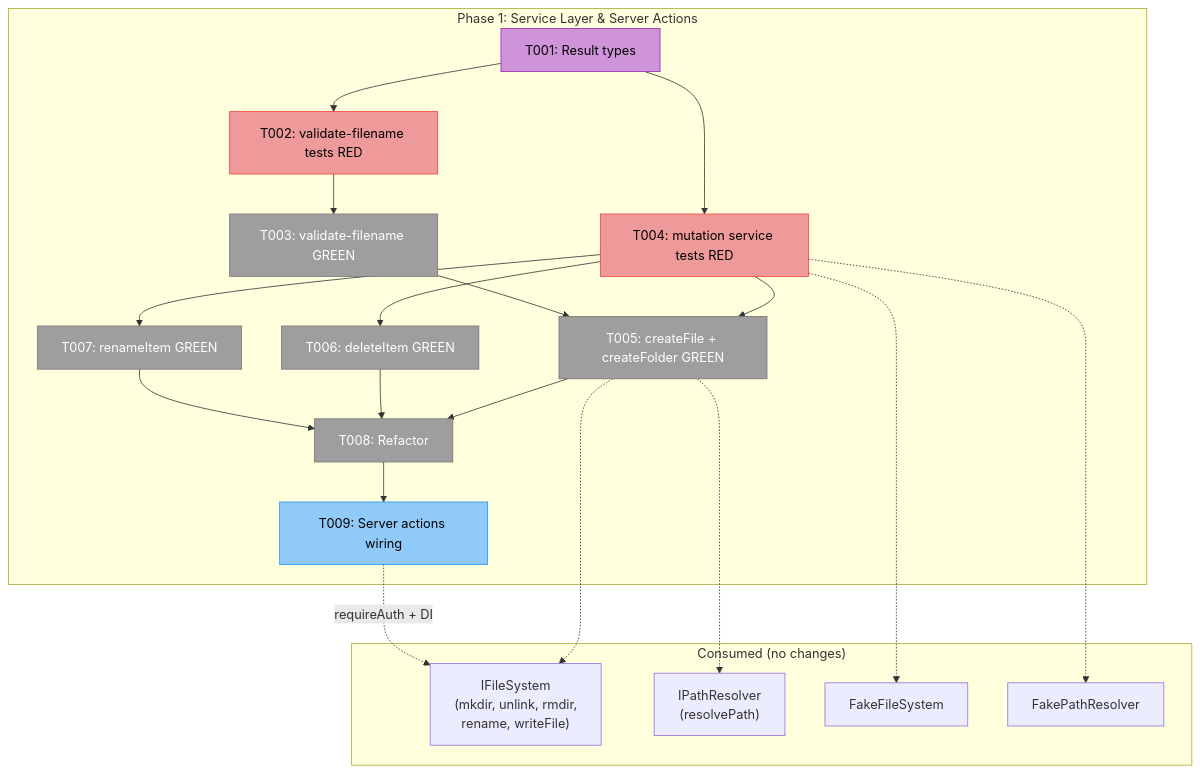
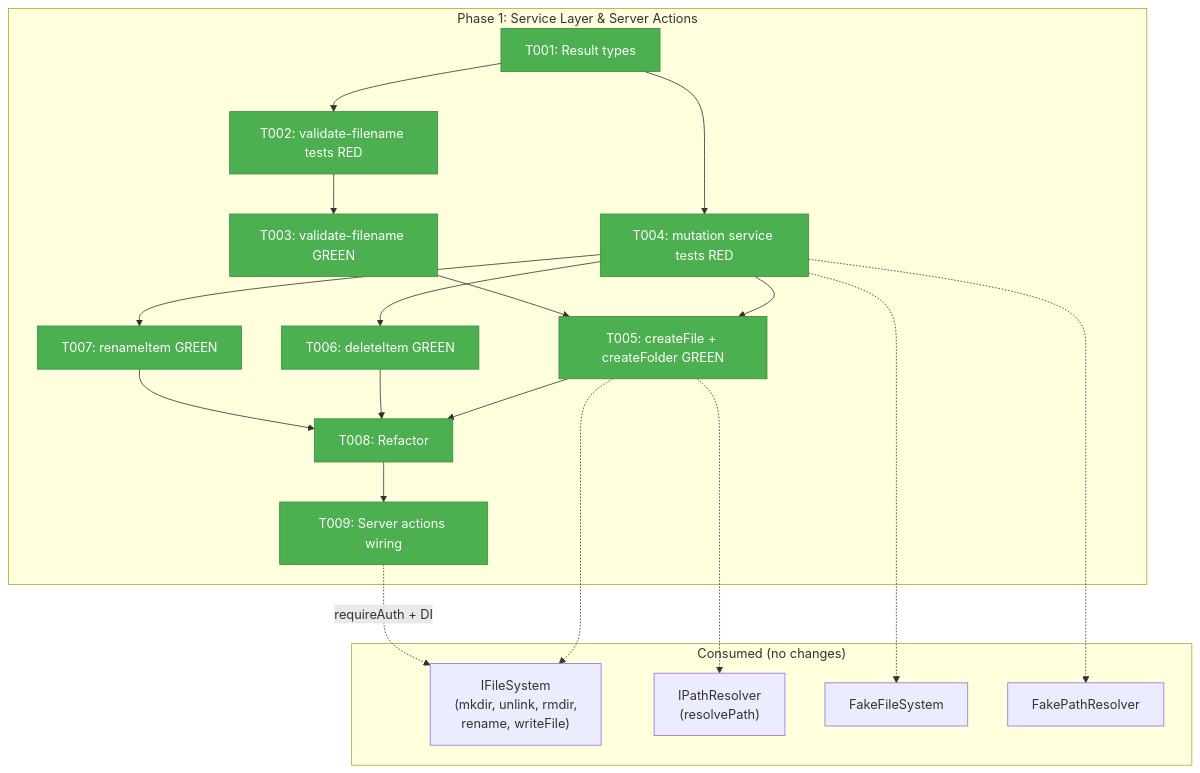
The first of 3 diagrams in docs/plans/068-add-files/tasks/phase-1-service-layer-server-actions/tasks.md (AI-Substrate/chainglass), drawn with Mermaid before and after one commit. The commit also changed 5 other files, not shown here.

````diff
--- a/docs/plans/068-add-files/tasks/phase-1-service-layer-server-actions/tasks.md
+++ b/docs/plans/068-add-files/tasks/phase-1-service-layer-server-actions/tasks.md
@@ -42,45 +42,46 @@
 ```mermaid
 flowchart TD
     classDef pending fill:#9E9E9E,stroke:#757575,color:#fff
     classDef types fill:#CE93D8,stroke:#9C27B0,color:#000
     classDef test fill:#EF9A9A,stroke:#F44336,color:#000
     classDef impl fill:#A5D6A7,stroke:#4CAF50,color:#000
     classDef wire fill:#90CAF9,stroke:#2196F3,color:#000
+    classDef completed fill:#4CAF50,stroke:#388E3C,color:#fff
 
     subgraph Phase1["Phase 1: Service Layer & Server Actions"]
-        T001["T001: Result types"]:::types
-        T002["T002: validate-filename tests RED"]:::test
-        T003["T003: validate-filename GREEN"]:::pending
-        T004["T004: mutation service tests RED"]:::test
-        T005["T005: createFile + createFolder GREEN"]:::pending
-        T006["T006: deleteItem GREEN"]:::pending
-        T007["T007: renameItem GREEN"]:::pending
-        T008["T008: Refactor"]:::pending
-        T009["T009: Server actions wiring"]:::wire
+        T001["T001: Result types"]:::completed
+        T002["T002: validate-filename tests RED"]:::completed
+        T003["T003: validate-filename GREEN"]:::completed
+        T004["T004: mutation service tests RED"]:::completed
+        T005["T005: createFile + createFolder GREEN"]:::completed
+        T006["T006: deleteItem GREEN"]:::completed
+        T007["T007: renameItem GREEN"]:::completed
+        T008["T008: Refactor"]:::completed
+        T009["T009: Server actions wiring"]:::completed
 
         T001 --> T002
         T001 --> T004
         T002 --> T003
         T004 --> T005
         T004 --> T006
         T004 --> T007
         T005 --> T008
         T006 --> T008
         T007 --> T008
         T003 --> T005
         T008 --> T009
     end
 
     subgraph Existing["Consumed (no changes)"]
         IFS["IFileSystem<br/>(mkdir, unlink, rmdir,<br/>rename, writeFile)"]
         IPR["IPathResolver<br/>(resolvePath)"]
         FFS["FakeFileSystem"]
         FPR["FakePathResolver"]
     end
 
     T005 -.-> IFS
     T005 -.-> IPR
     T004 -.-> FFS
     T004 -.-> FPR
     T009 -.-> |"requireAuth + DI"| IFS
 ```
````
